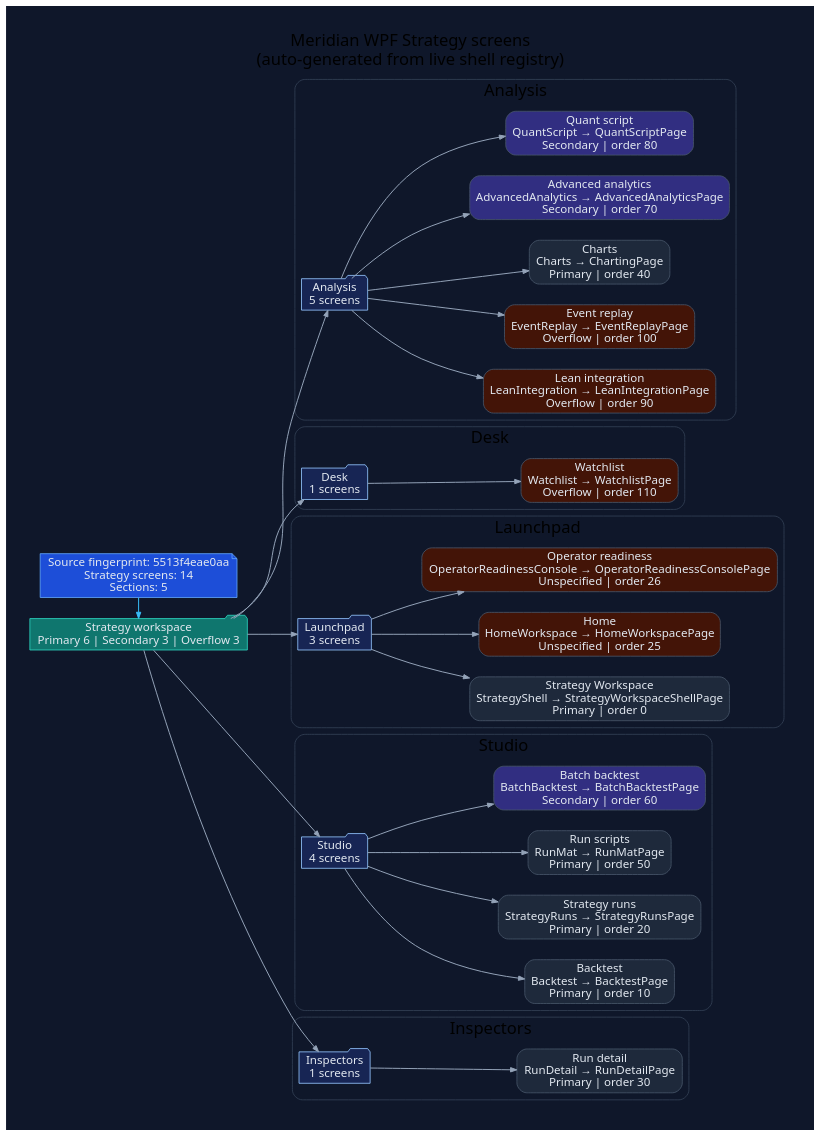
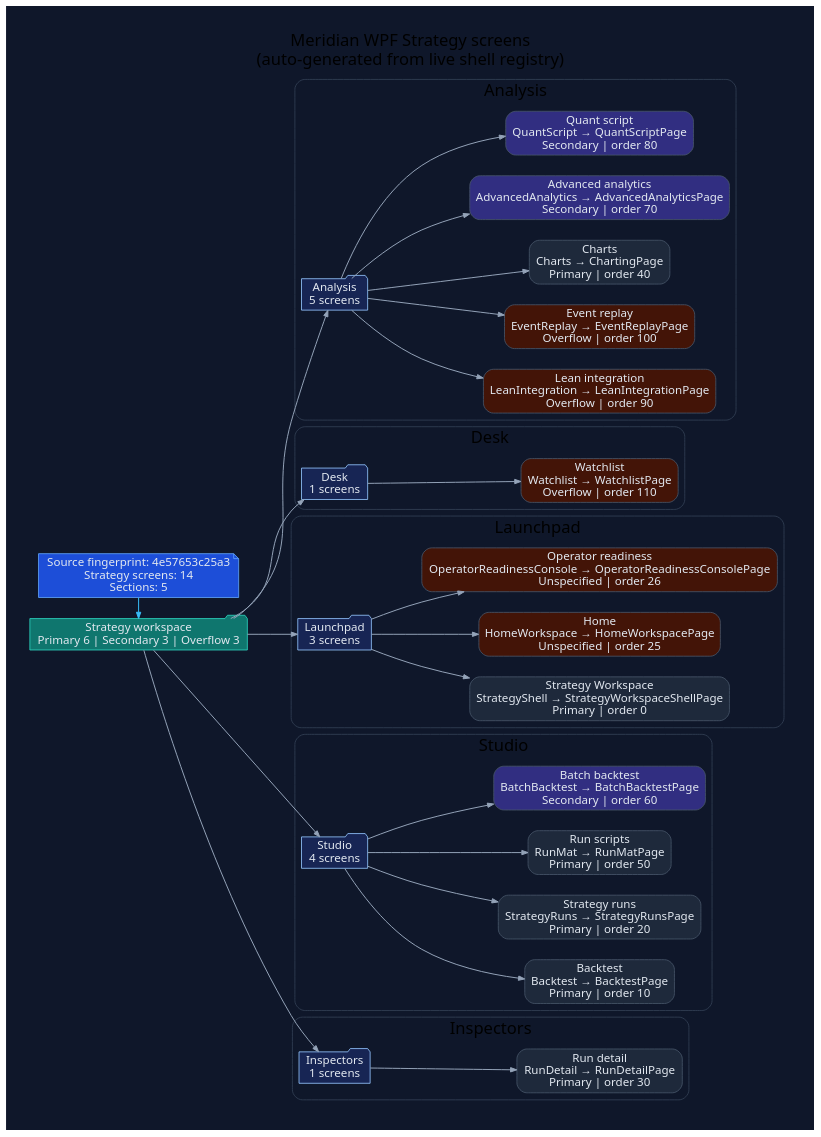
Before and after one commit to rodoHasArrived/Meridian-main: the diagram in docs/diagrams/ui-wpf-screens-strategy.dot, drawn with Graphviz. The commit also changed 107 other files, not shown here.

First line of the commit message:
docs(generated): refresh references, diagrams and coverage after merging the base

```diff
--- a/docs/diagrams/ui-wpf-screens-strategy.dot
+++ b/docs/diagrams/ui-wpf-screens-strategy.dot
@@ -1,94 +1,94 @@
 // -----------------------------------------------------------------------------
 // <auto-generated>
 // Generated by scripts/generate-diagrams.mjs.
 // Do not edit this file directly; update the WPF source files instead.
 // -----------------------------------------------------------------------------
 digraph WpfStrategyScreens {
   graph [
     rankdir=LR,
     labelloc=t,
     label="Meridian WPF Strategy screens\n(auto-generated from live shell registry)",
     fontname="Segoe UI",
     fontsize=20,
     pad=0.4,
     nodesep=0.35,
     ranksep=0.85,
     bgcolor="#0f172a"
   ];
   node [fontname="Segoe UI", shape=box, style="rounded,filled", color="#475569", fontcolor="#e2e8f0", fillcolor="#1e293b"];
   edge [fontname="Segoe UI", color="#94a3b8", penwidth=1.2, arrowsize=0.75];
 
-  generated [shape=note, fillcolor="#1d4ed8", color="#60a5fa", label="Source fingerprint: 5513f4eae0aa\nStrategy screens: 14\nSections: 5"];
+  generated [shape=note, fillcolor="#1d4ed8", color="#60a5fa", label="Source fingerprint: 4e57653c25a3\nStrategy screens: 14\nSections: 5"];
   workspace [shape=folder, fillcolor="#0f766e", color="#2dd4bf", label="Strategy workspace\nPrimary 6 | Secondary 3 | Overflow 3"];
   generated -> workspace [color="#38bdf8"];
 
   subgraph cluster_section_1 {
     label="Analysis";
     color="#334155";
     style="rounded";
     section_1 [shape=folder, fillcolor="#172554", color="#93c5fd", label="Analysis\n5 screens"];
     workspace -> section_1;
     screen_LeanIntegration [fillcolor="#431407", label="Lean integration\nLeanIntegration → LeanIntegrationPage\nOverflow | order 90"];
     section_1 -> screen_LeanIntegration;
     screen_EventReplay [fillcolor="#431407", label="Event replay\nEventReplay → EventReplayPage\nOverflow | order 100"];
     section_1 -> screen_EventReplay;
     screen_Charts [fillcolor="#1e293b", label="Charts\nCharts → ChartingPage\nPrimary | order 40"];
     section_1 -> screen_Charts;
     screen_AdvancedAnalytics [fillcolor="#312e81", label="Advanced analytics\nAdvancedAnalytics → AdvancedAnalyticsPage\nSecondary | order 70"];
     section_1 -> screen_AdvancedAnalytics;
     screen_QuantScript [fillcolor="#312e81", label="Quant script\nQuantScript → QuantScriptPage\nSecondary | order 80"];
     section_1 -> screen_QuantScript;
   }
 
   subgraph cluster_section_2 {
     label="Desk";
     color="#334155";
     style="rounded";
     section_2 [shape=folder, fillcolor="#172554", color="#93c5fd", label="Desk\n1 screens"];
     workspace -> section_2;
     screen_Watchlist [fillcolor="#431407", label="Watchlist\nWatchlist → WatchlistPage\nOverflow | order 110"];
     section_2 -> screen_Watchlist;
   }
 
   subgraph cluster_section_3 {
     label="Launchpad";
     color="#334155";
     style="rounded";
     section_3 [shape=folder, fillcolor="#172554", color="#93c5fd", label="Launchpad\n3 screens"];
     workspace -> section_3;
     screen_StrategyShell [fillcolor="#1e293b", label="Strategy Workspace\nStrategyShell → StrategyWorkspaceShellPage\nPrimary | order 0"];
     section_3 -> screen_StrategyShell;
     screen_HomeWorkspace [fillcolor="#431407", label="Home\nHomeWorkspace → HomeWorkspacePage\nUnspecified | order 25"];
     section_3 -> screen_HomeWorkspace;
     screen_OperatorReadinessConsole [fillcolor="#431407", label="Operator readiness\nOperatorReadinessConsole → OperatorReadinessConsolePage\nUnspecified | order 26"];
     section_3 -> screen_OperatorReadinessConsole;
   }
 
   subgraph cluster_section_4 {
     label="Studio";
     color="#334155";
     style="rounded";
     section_4 [shape=folder, fillcolor="#172554", color="#93c5fd", label="Studio\n4 screens"];
     workspace -> section_4;
     screen_Backtest [fillcolor="#1e293b", label="Backtest\nBacktest → BacktestPage\nPrimary | order 10"];
     section_4 -> screen_Backtest;
     screen_StrategyRuns [fillcolor="#1e293b", label="Strategy runs\nStrategyRuns → StrategyRunsPage\nPrimary | order 20"];
     section_4 -> screen_StrategyRuns;
     screen_RunMat [fillcolor="#1e293b", label="Run scripts\nRunMat → RunMatPage\nPrimary | order 50"];
     section_4 -> screen_RunMat;
     screen_BatchBacktest [fillcolor="#312e81", label="Batch backtest\nBatchBacktest → BatchBacktestPage\nSecondary | order 60"];
     section_4 -> screen_BatchBacktest;
   }
 
   subgraph cluster_section_5 {
     label="Inspectors";
     color="#334155";
     style="rounded";
     section_5 [shape=folder, fillcolor="#172554", color="#93c5fd", label="Inspectors\n1 screens"];
     workspace -> section_5;
     screen_RunDetail [fillcolor="#1e293b", label="Run detail\nRunDetail → RunDetailPage\nPrimary | order 30"];
     section_5 -> screen_RunDetail;
   }
 
   { rank=min; generated; workspace; }
 }
```
